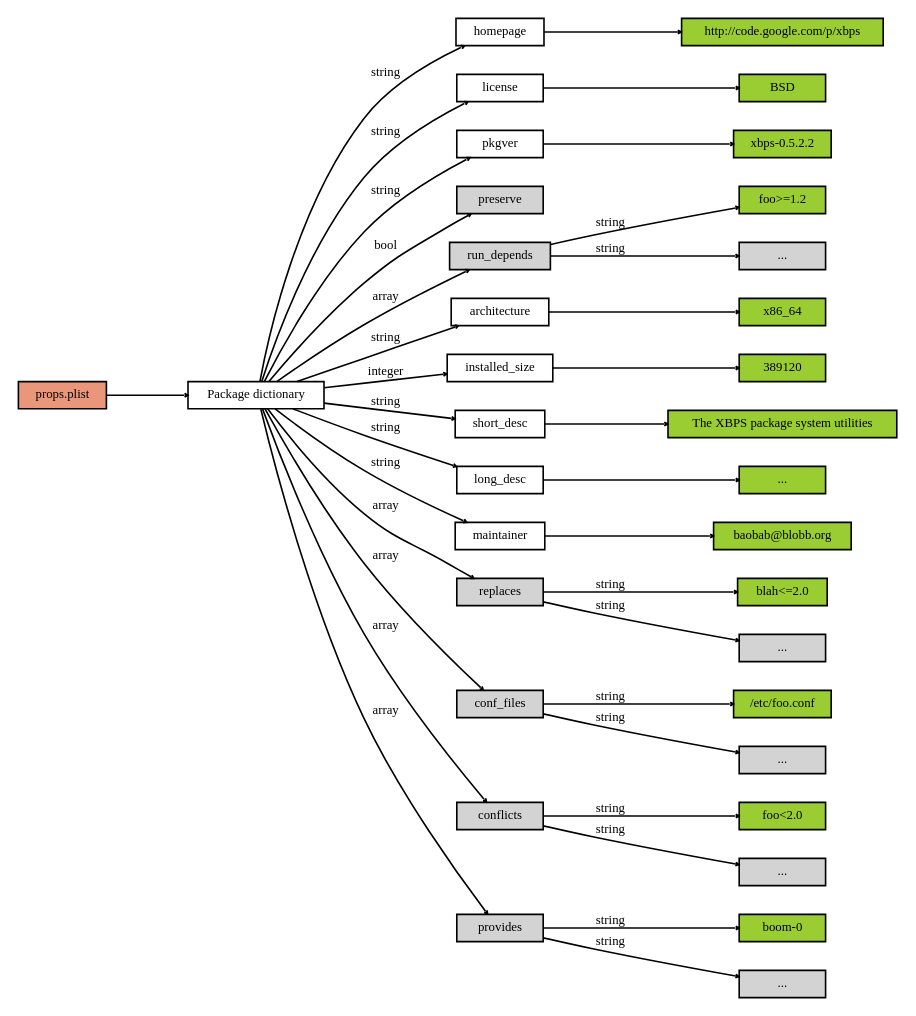
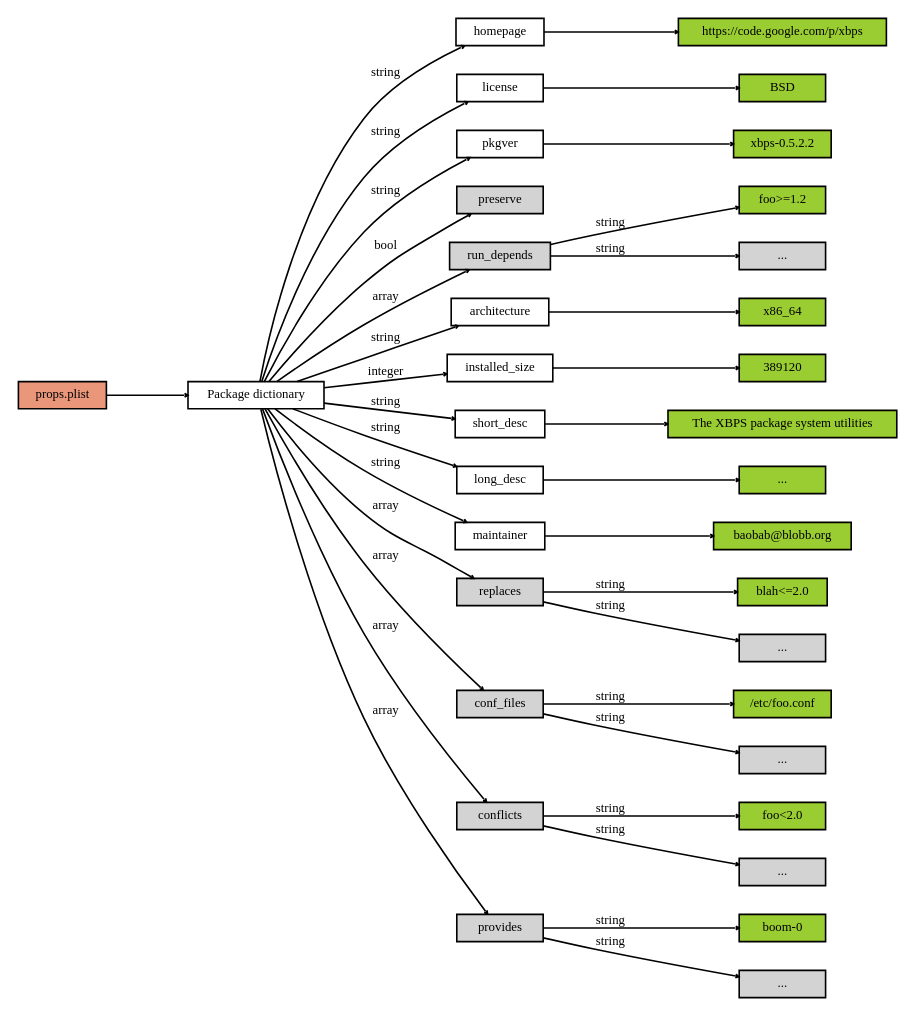
One commit to void-linux/xbps changed the diagram in doc/xbps_pkg_props_dictionary.dot. Above: the diagram before and after it, drawn with Graphviz. The commit also changed 6 other files, not shown here.

Commit message:
Use https instead of http where possible

```diff
--- a/doc/xbps_pkg_props_dictionary.dot
+++ b/doc/xbps_pkg_props_dictionary.dot
@@ -1,65 +1,65 @@
 digraph pkg_props_dictionary {
 	graph [rankdir=LR,ranksep="0.7"];
 	edge [arrowhead="vee",arrowsize="0.2",fontname="DejaVuSansCondensed",fontsize="8"];
 	node [height=".1",shape=box,fontname="DejaVuSansCondensed",fontsize="8"];
 	props_plist -> main;
 	props_plist [style=filled,fillcolor="darksalmon",label="props.plist"];
 	main [label="Package dictionary"];
 	main -> homepage [label="string"];
 	homepage -> homepage_value;
-	homepage_value [style=filled,fillcolor="yellowgreen",label="http://code.google.com/p/xbps"];
+	homepage_value [style=filled,fillcolor="yellowgreen",label="https://code.google.com/p/xbps"];
 	main -> license [label="string"];
 	license -> license_value;
 	license_value [style=filled,fillcolor="yellowgreen",label="BSD"];
 	main -> pkgver [label="string"];
 	pkgver -> pkgver_value;
 	pkgver_value [style=filled,fillcolor="yellowgreen",label="xbps-0.5.2.2"];
 	main -> preserve [style=filled,label="bool"];
 	preserve [style=filled];
 	main -> run_depends [label="array"];
 	run_depends [style=filled];
 	run_depends -> rundep1_string [label="string"];
 	run_depends -> rundep2_string [label="string"];
 	rundep1_string [style=filled,fillcolor="yellowgreen",label="foo>=1.2"];
 	rundep2_string [style=filled,label="..."];
 	main -> architecture [label="string"];
 	architecture -> arch_value;
 	arch_value [style=filled,fillcolor="yellowgreen",label="x86_64"];
 	main -> instsize [label="integer"];
 	instsize -> instsize_value;
 	instsize_value [style=filled,fillcolor="yellowgreen",label="389120"];
 	instsize [label="installed_size"];
 	main -> short_desc [label="string"]
 	short_desc -> shortdesc_val;
 	shortdesc_val [style=filled,fillcolor="yellowgreen",label="The XBPS package system utilities"];
 	main -> long_desc [label="string"];
 	long_desc -> longdesc_val;
 	longdesc_val [style=filled,fillcolor="yellowgreen",label="..."];
 	main -> maintainer [label="string"];
 	maintainer -> maintainer_val;
 	maintainer_val [style=filled,fillcolor="yellowgreen",label="baobab@blobb.org"];
 	main -> replaces [label="array"];
 	replaces [style=filled];
 	replaces -> replace1_string [label="string"];
 	replaces -> replace2_string [label="string"];
 	replace1_string [style=filled,fillcolor="yellowgreen",label="blah<=2.0"];
 	replace2_string [style=filled,label="..."];
 	main -> conf_files [label="array"];
 	conf_files [style=filled];
 	conf_files -> cffile1 [style=filled,label="string"];
 	conf_files -> cffile2 [style=filled,label="string"];
 	cffile1 [style=filled,fillcolor="yellowgreen",label="/etc/foo.conf"];
 	cffile2 [style=filled,label="..."];
 	main -> conflicts [label="array"];
 	conflicts [style=filled];
 	conflicts -> conflict1 [style=filled,label="string"];
 	conflicts -> conflict2 [style=filled,label="string"];
 	conflict1 [style=filled,fillcolor="yellowgreen",label="foo<2.0"];
 	conflict2 [style=filled,label="..."];
 	main -> provides [label="array"];
 	provides [style=filled];
 	provides -> provides1 [style=filled,label="string"];
 	provides -> provides2 [style=filled,label="string"];
 	provides1 [style=filled,fillcolor="yellowgreen",label="boom-0"];
 	provides2 [style=filled,label="..."];
 }
```
